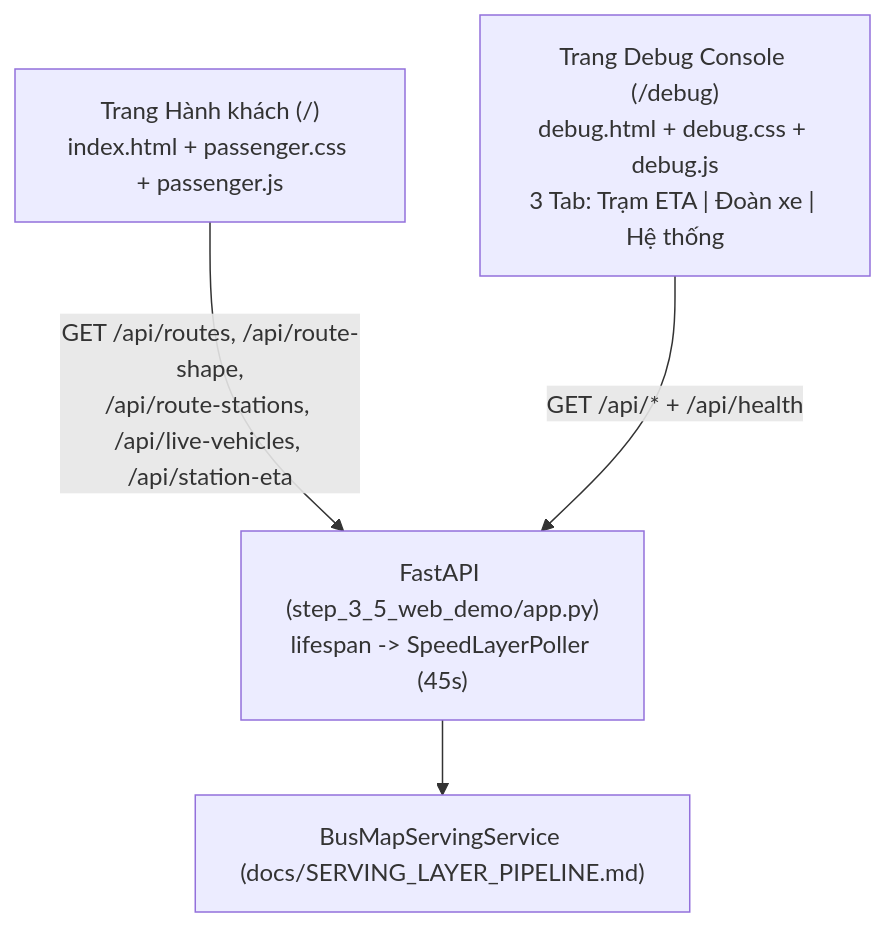
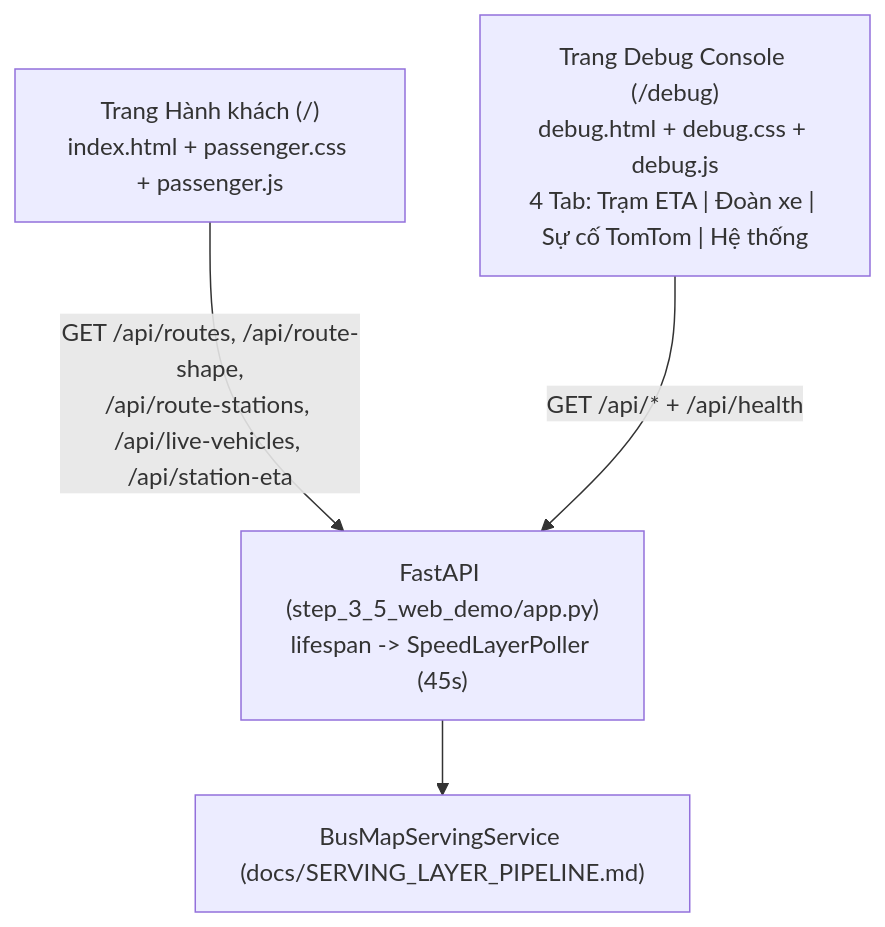
Before and after one commit to toibinguz/Bus_tracking: the diagram in docs/DEMO_APP.md, drawn with Mermaid. The commit also changed other lines of this file and 12 other files, not shown here.

Commit message:
docs: update READMEs, pipeline docs, and report outline for TomTom 40f & /debug

````diff
--- a/docs/DEMO_APP.md
+++ b/docs/DEMO_APP.md
@@ -10,6 +10,6 @@
 ```mermaid
 flowchart TD
     P["Trang Hành khách (/)\nindex.html + passenger.css + passenger.js"] -->|"GET /api/routes, /api/route-shape,\n/api/route-stations, /api/live-vehicles, /api/station-eta"| API["FastAPI (step_3_5_web_demo/app.py)\nlifespan -> SpeedLayerPoller (45s)"]
-    D["Trang Debug Console (/debug)\ndebug.html + debug.css + debug.js\n3 Tab: Trạm ETA | Đoàn xe | Hệ thống"] -->|"GET /api/* + /api/health"| API
+    D["Trang Debug Console (/debug)\ndebug.html + debug.css + debug.js\n4 Tab: Trạm ETA | Đoàn xe | Sự cố TomTom | Hệ thống"] -->|"GET /api/* + /api/health"| API
     API --> SVC["BusMapServingService (docs/SERVING_LAYER_PIPELINE.md)"]
 ```
````
